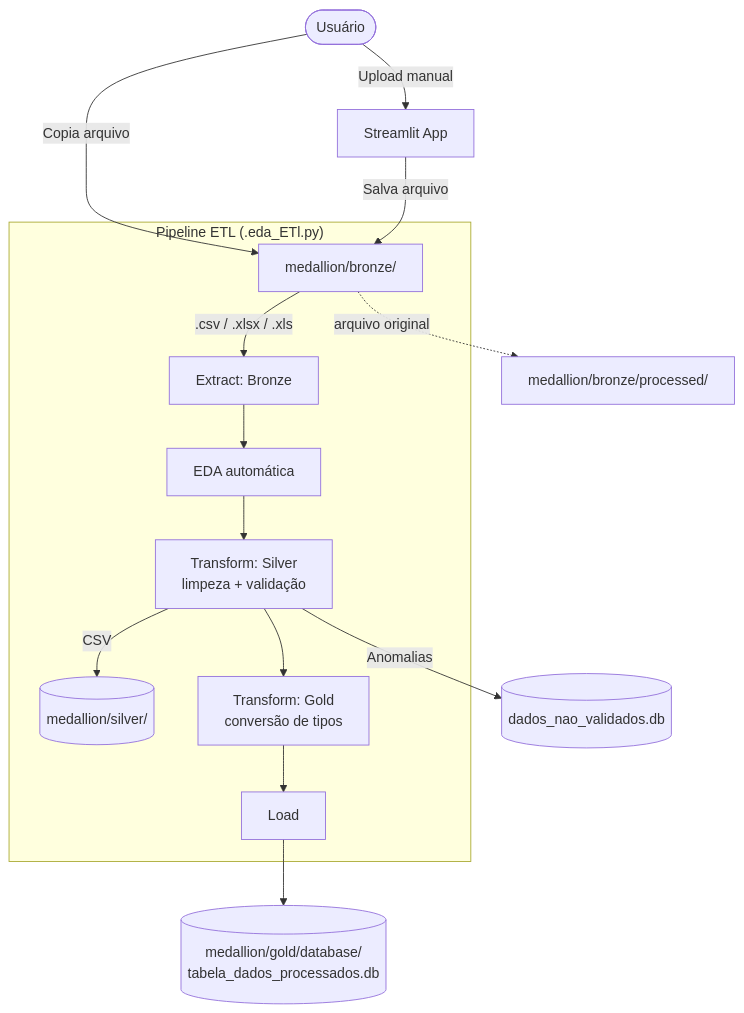
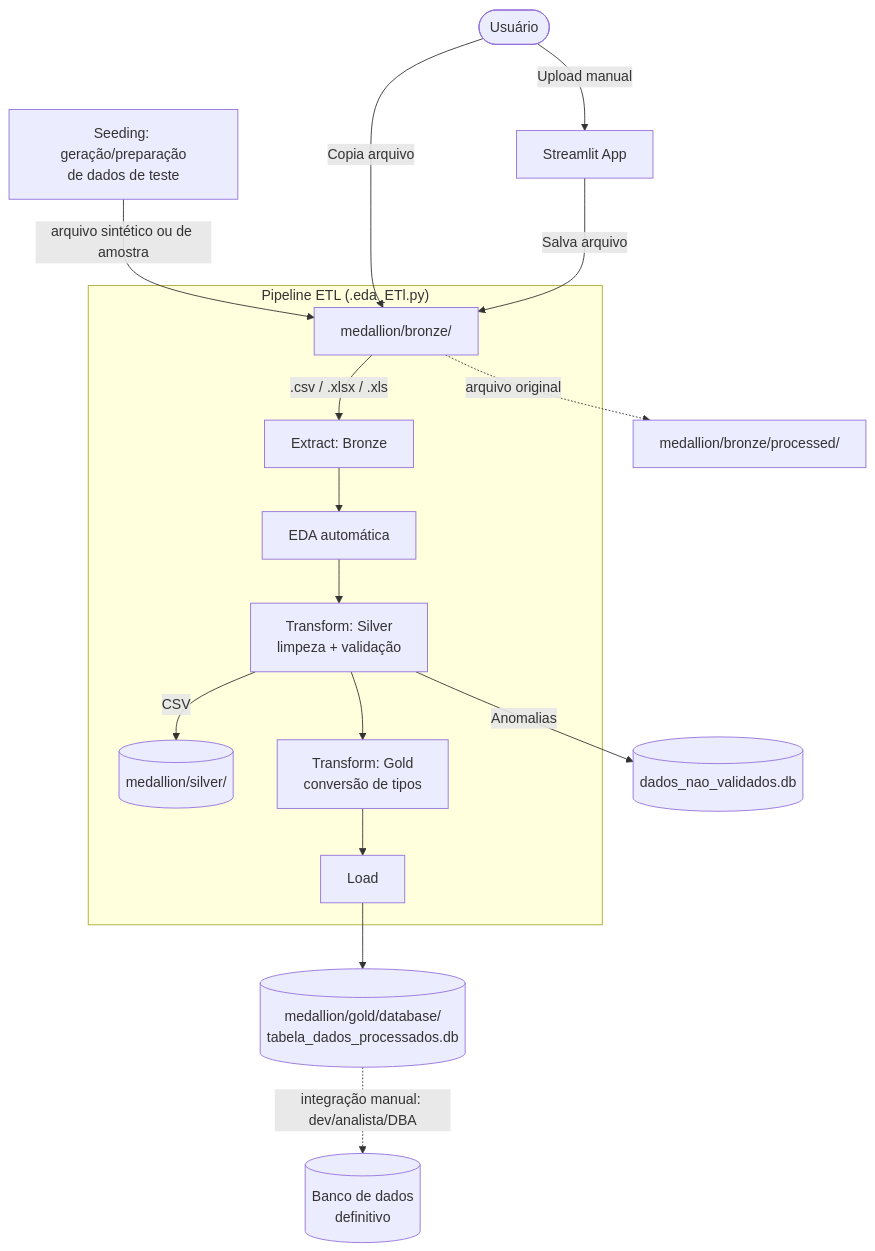
One commit to GeorgeLucas1/Pipeline_csv_to_db changed the diagram in README.md. Above: the diagram before and after it, drawn with Mermaid. The commit also changed other lines of this file, not shown here.

````diff
--- a/README.md
+++ b/README.md
@@ -10,20 +13,23 @@
 ```mermaid
 graph TD
+    Seed[Seeding: geração/preparação<br/>de dados de teste] -->|arquivo sintético ou de amostra| Raw
     User([Usuário]) -->|Upload manual| ST[Streamlit App]
     User -->|Copia arquivo| Raw[medallion/bronze/]
     ST -->|Salva arquivo| Raw
 
     subgraph "Pipeline ETL (.eda_ETl.py)"
         Raw -->|.csv / .xlsx / .xls| Extract[Extract: Bronze]
         Extract --> EDA[EDA automática]
         EDA --> Silver[Transform: Silver<br/>limpeza + validação]
         Silver -->|CSV| SilverDir[(medallion/silver/)]
         Silver --> Gold[Transform: Gold<br/>conversão de tipos]
         Gold --> Load[Load]
     end
 
     Load --> DB[(medallion/gold/database/<br/>tabela_dados_processados.db)]
     Silver -->|Anomalias| DB2[(dados_nao_validados.db)]
 
     Raw -.->|arquivo original| Processed[medallion/bronze/processed/]
+
+    DB -.->|integração manual: dev/analista/DBA| Ext[(Banco de dados<br/>definitivo)]
 ```
````
